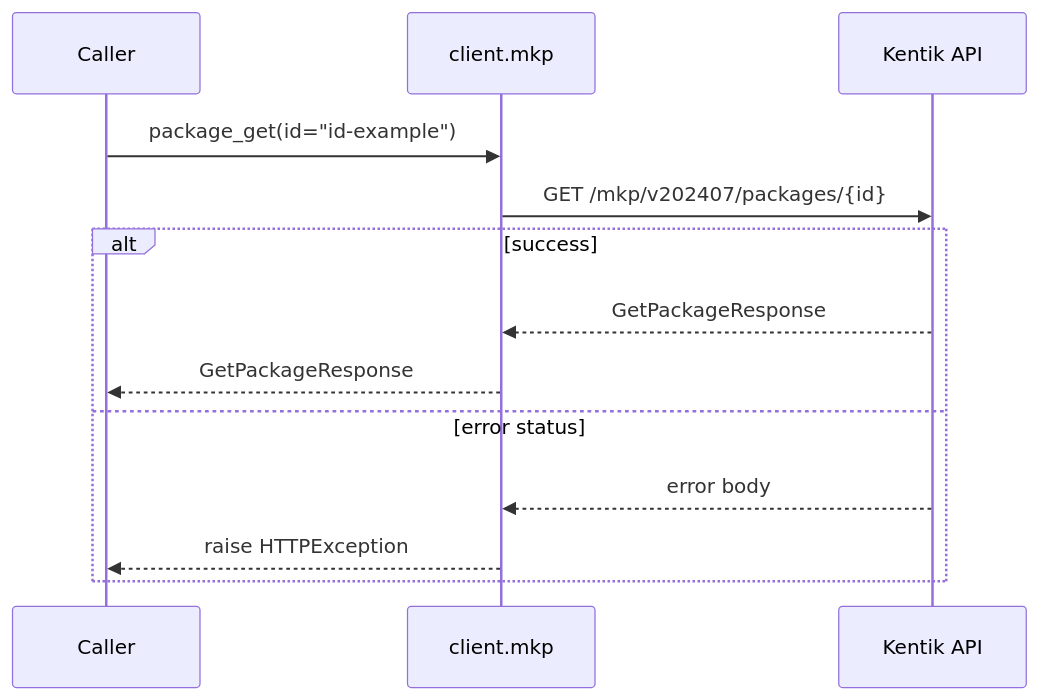
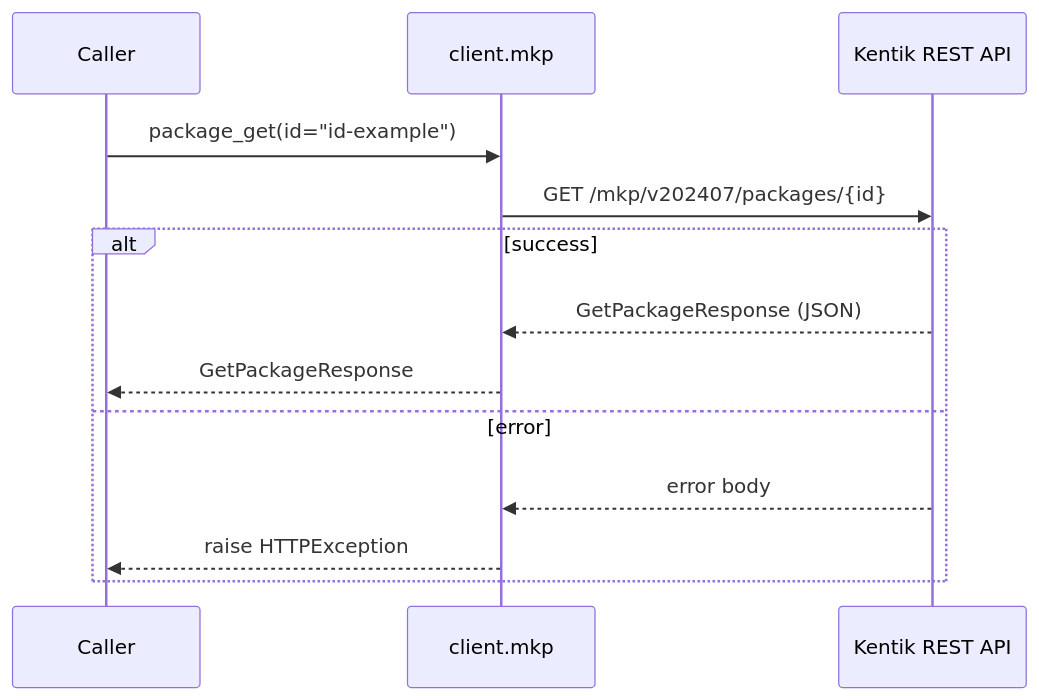
One commit to alexdearaujo/community_sdk_python changed the sixth of 30 diagrams in docs/sphinx/services/mkp.md. Above: the diagram before and after it, drawn with Mermaid. The commit also changed other lines of this file and 61 other files, not shown here.

````diff
--- a/docs/sphinx/services/mkp.md
+++ b/docs/sphinx/services/mkp.md
@@ -127,16 +179,16 @@
 ```mermaid
 sequenceDiagram
     participant C as Caller
     participant W as client.mkp
-    participant API as Kentik API
+    participant API as Kentik REST API
 
     C->>W: package_get(id="id-example")
     W->>API: GET /mkp/v202407/packages/{id}
     alt success
-        API-->>W: GetPackageResponse
+        API-->>W: GetPackageResponse (JSON)
         W-->>C: GetPackageResponse
-    else error status
+    else error
         API-->>W: error body
         W-->>C: raise HTTPException
     end
 ```
````
